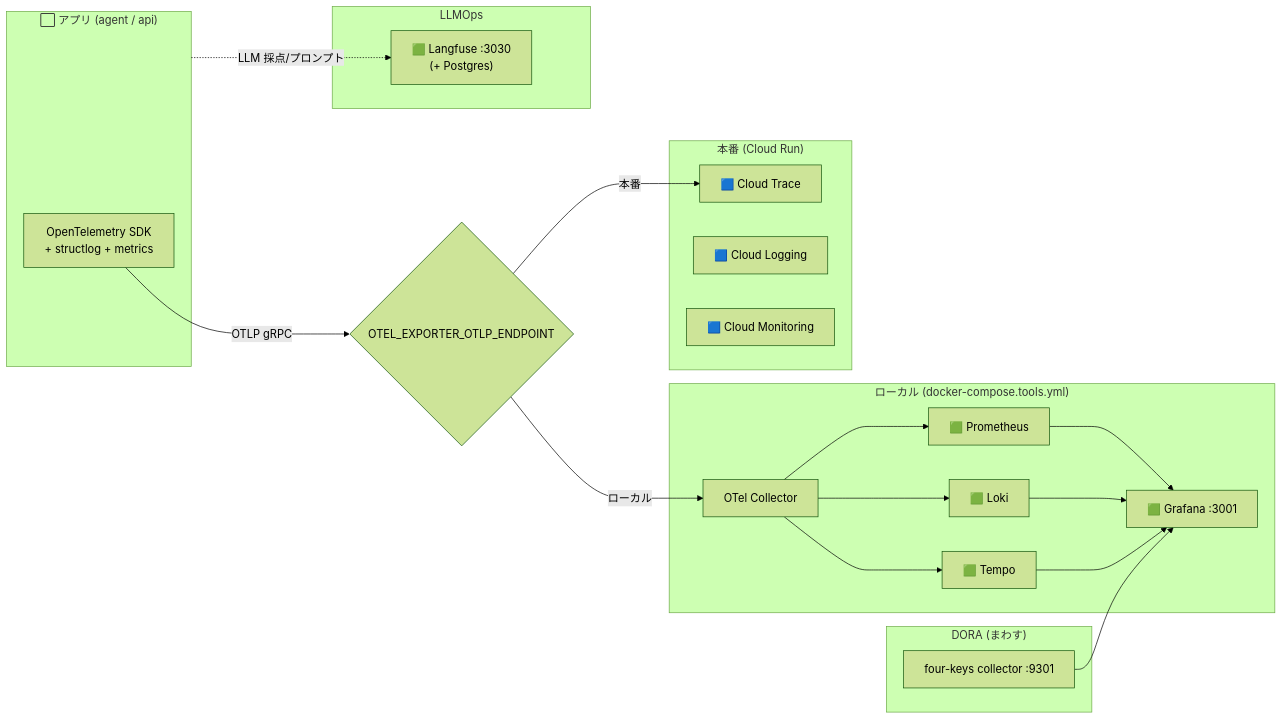
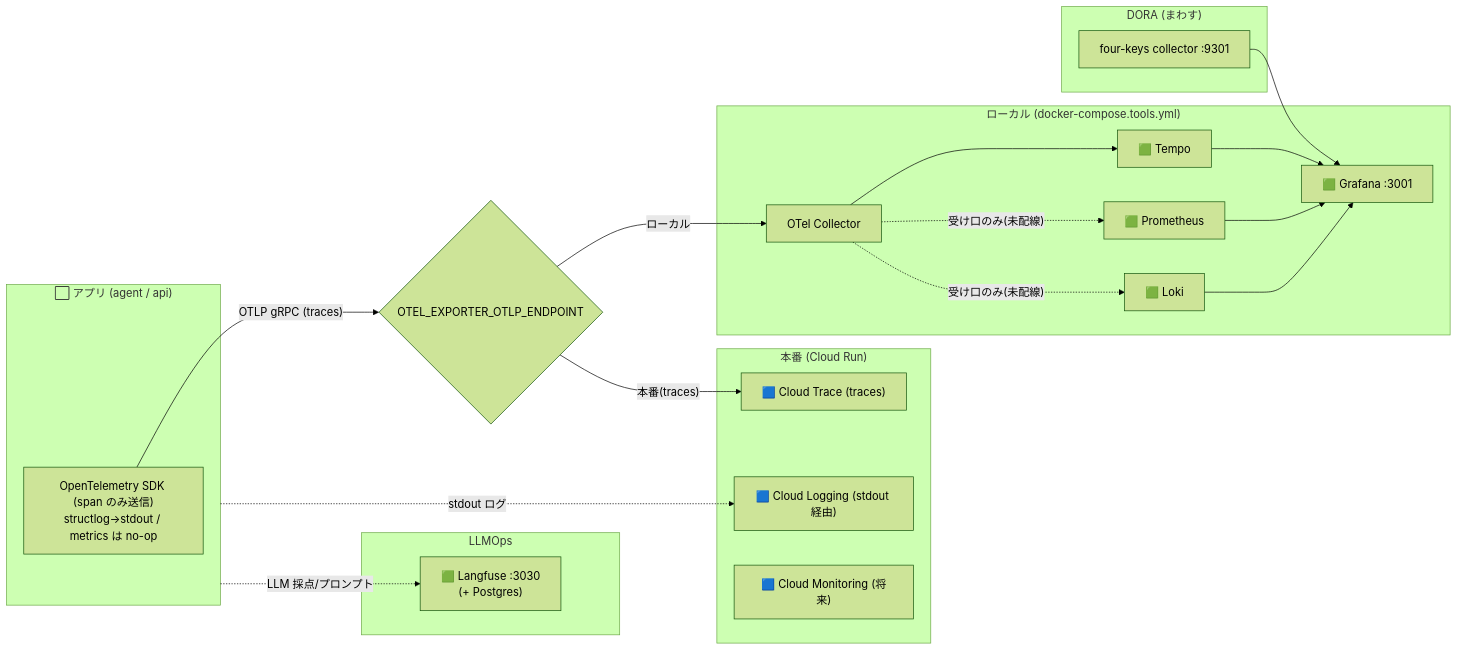
One commit to godhuu0505/sanba changed the tenth of 13 diagrams in docs/architecture-analysis.md. Above: the diagram before and after it, drawn with Mermaid (forest theme). The commit also changed other lines of this file, not shown here.

````diff
--- a/docs/architecture-analysis.md
+++ b/docs/architecture-analysis.md
@@ -405,35 +408,36 @@
 ```mermaid
 flowchart LR
   subgraph app["⬜ アプリ (agent / api)"]
-    OT["OpenTelemetry SDK<br/>+ structlog + metrics"]
+    OT["OpenTelemetry SDK (span のみ送信)<br/>structlog→stdout / metrics は no-op"]
   end
 
-  OT -->|OTLP gRPC| ROUTE{"OTEL_EXPORTER_OTLP_ENDPOINT"}
+  OT -->|"OTLP gRPC (traces)"| ROUTE{"OTEL_EXPORTER_OTLP_ENDPOINT"}
 
   subgraph local["ローカル (docker-compose.tools.yml)"]
-    COL["OTel Collector"] --> PROM["🟩 Prometheus"]
-    COL --> LOKI["🟩 Loki"]
-    COL --> TEMPO["🟩 Tempo"]
-    PROM --> GRAF["🟩 Grafana :3001"]
+    COL["OTel Collector"] --> TEMPO["🟩 Tempo"]
+    COL -.->|"受け口のみ(未配線)"| PROM["🟩 Prometheus"]
+    COL -.->|"受け口のみ(未配線)"| LOKI["🟩 Loki"]
+    TEMPO --> GRAF["🟩 Grafana :3001"]
+    PROM --> GRAF
     LOKI --> GRAF
-    TEMPO --> GRAF
   end
 
   subgraph prod["本番 (Cloud Run)"]
-    CT["🟦 Cloud Trace"]
-    CL["🟦 Cloud Logging"]
-    CM["🟦 Cloud Monitoring"]
+    CT["🟦 Cloud Trace (traces)"]
+    CL["🟦 Cloud Logging (stdout 経由)"]
+    CM["🟦 Cloud Monitoring (将来)"]
   end
 
   ROUTE -->|"ローカル"| COL
-  ROUTE -->|"本番"| CT
+  ROUTE -->|"本番(traces)"| CT
+  app -.->|"stdout ログ"| CL
 
   subgraph llmops["LLMOps"]
     LF["🟩 Langfuse :3030<br/>(+ Postgres)"]
   end
   app -. "LLM 採点/プロンプト" .-> LF
 
   subgraph dora["DORA (まわす)"]
     FK["four-keys collector :9301"] --> GRAF
   end
 ```
````
